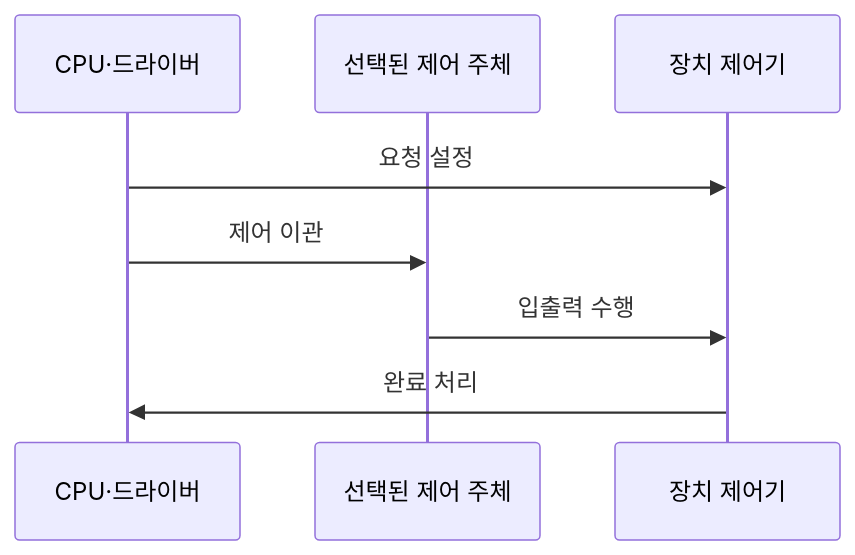
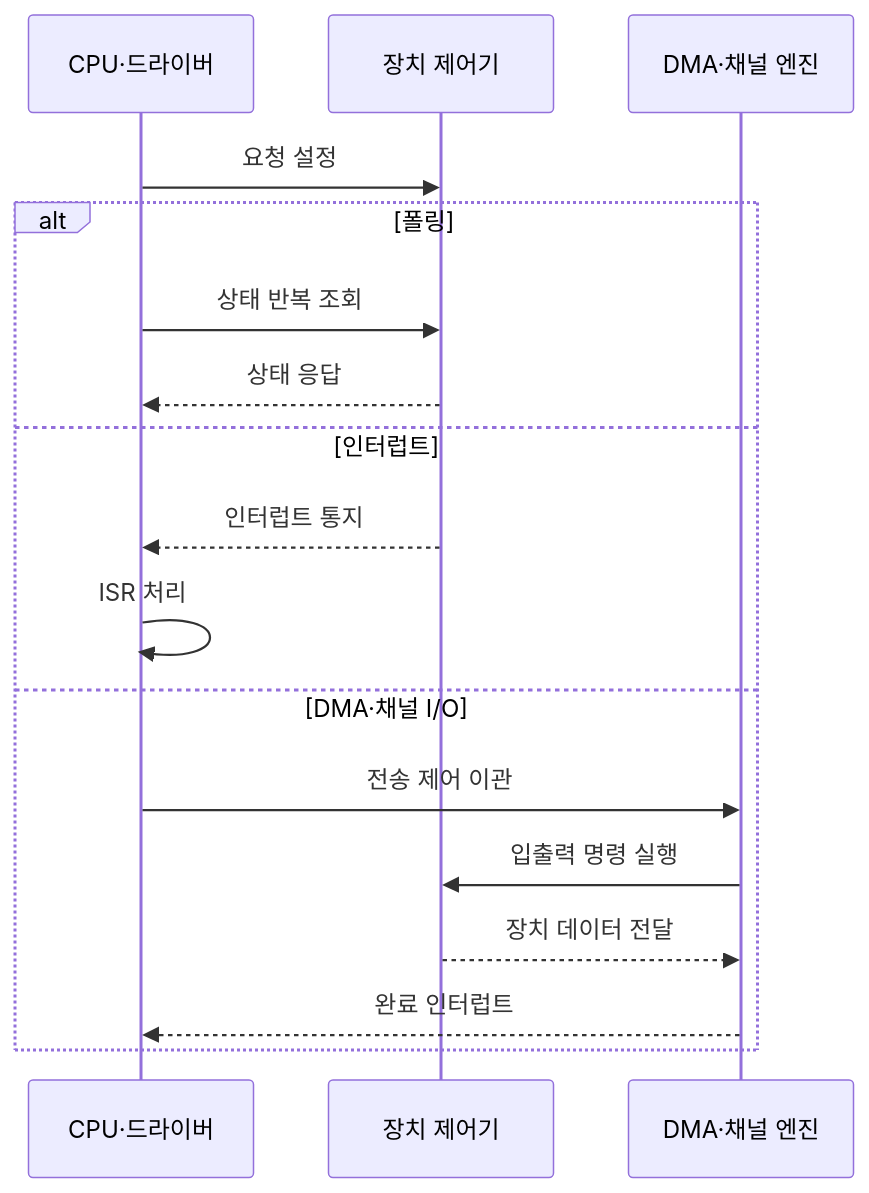
The second of 2 diagrams in src/content/docs/notes/02-hardware/033_io_interface.md (agnusdei1207/knowledge-base), drawn with Mermaid before and after one commit. The commit also changed other lines of this file and 7 other files, not shown here.

````diff
--- a/src/content/docs/notes/02-hardware/033_io_interface.md
+++ b/src/content/docs/notes/02-hardware/033_io_interface.md
@@ -87,10 +87,19 @@
 ```mermaid
 sequenceDiagram
     participant C as CPU·드라이버
-    participant S as 선택된 제어 주체
     participant I as 장치 제어기
+    participant E as DMA·채널 엔진
     C->>I: 요청 설정
-    C->>S: 제어 이관
-    S->>I: 입출력 수행
-    I->>C: 완료 처리
+    alt 폴링
+        C->>I: 상태 반복 조회
+        I-->>C: 상태 응답
+    else 인터럽트
+        I-->>C: 인터럽트 통지
+        C->>C: ISR 처리
+    else DMA·채널 I/O
+        C->>E: 전송 제어 이관
+        E->>I: 입출력 명령 실행
+        I-->>E: 장치 데이터 전달
+        E-->>C: 완료 인터럽트
+    end
 ```
````
